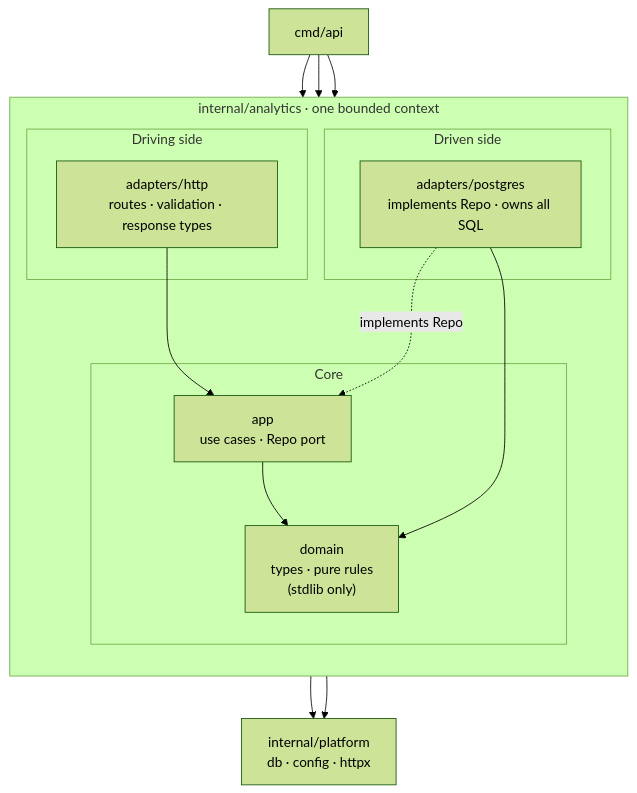
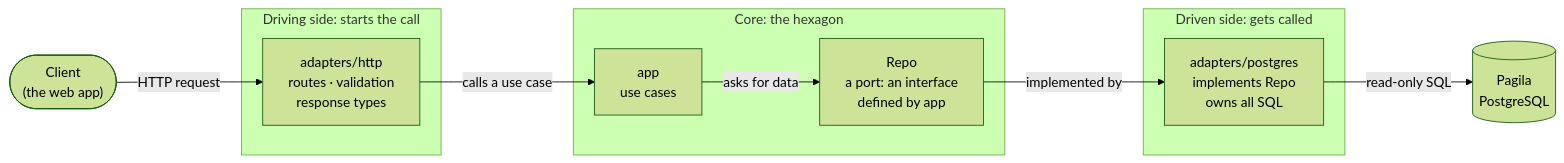
One commit to SangNguyen2810/store-operation changed the second of 5 diagrams in README.md. Above: the diagram before and after it, drawn with Mermaid (forest theme). The commit also changed other lines of this file, not shown here.

First line of the commit message:
Document the API endpoints and clarify the hexagonal flow in the README

````diff
--- a/README.md
+++ b/README.md
@@ -122,26 +321,25 @@
 ```mermaid
-flowchart TB
-    subgraph ctx [internal/analytics · one bounded context]
-        direction TB
-        subgraph driving [Driving side]
-            http["adapters/http<br/>routes · validation · response types"]
-        end
-        subgraph core [Core]
-            app["app<br/>use cases · Repo port"]
-            domain["domain<br/>types · pure rules<br/>(stdlib only)"]
-        end
-        subgraph driven [Driven side]
-            pgadapter["adapters/postgres<br/>implements Repo · owns all SQL"]
-        end
-        http --> app
-        app --> domain
-        pgadapter -. "implements Repo" .-> app
-        pgadapter --> domain
+flowchart LR
+    client(["Client<br/>(the web app)"])
+
+    subgraph driving ["Driving side: starts the call"]
+        http["adapters/http<br/>routes · validation<br/>response types"]
     end
-    platform["internal/platform<br/>db · config · httpx"]
-    http --> platform
-    pgadapter --> platform
-    main["cmd/api"] --> http
-    main --> pgadapter
-    main --> app
+
+    subgraph core ["Core: the hexagon"]
+        app["app<br/>use cases"]
+        port["Repo<br/>a port: an interface<br/>defined by app"]
+    end
+
+    subgraph driven ["Driven side: gets called"]
+        pg["adapters/postgres<br/>implements Repo<br/>owns all SQL"]
+    end
+
+    db[("Pagila<br/>PostgreSQL")]
+
+    client -->|"HTTP request"| http
+    http -->|"calls a use case"| app
+    app -->|"asks for data"| port
+    port -->|"implemented by"| pg
+    pg -->|"read-only SQL"| db
 ```
````
